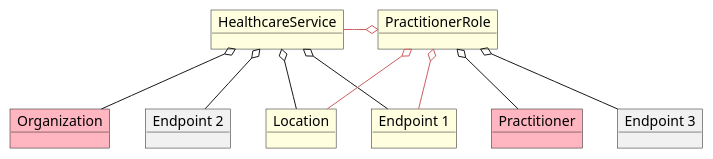
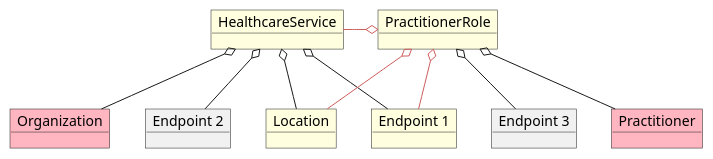
The diagram in src/plantuml/ObjectDiagram.Linked_HCS_and_PR.puml (ichderjens/api-vzd), drawn with PlantUML before and after one commit. The commit also changed other lines of this file, not shown here.

```diff
--- a/src/plantuml/ObjectDiagram.Linked_HCS_and_PR.puml
+++ b/src/plantuml/ObjectDiagram.Linked_HCS_and_PR.puml
@@ -1,23 +1,23 @@
 @startuml ObjectDiagram.Linked_HCS_and_PR
 'skinparam monochrome true
 object "HealthcareService" as hs1 #LightYellow
 object "PractitionerRole" as pr1 #LightYellow
 object "Organization" as o1 #LightPink
 object "Location" as l1 #LightYellow
 object "Endpoint 1" as e1 #LightYellow
-object "Practitioner" as p1 #LightPink
 object "Endpoint 2" as e2
 object "Endpoint 3" as e3
+object "Practitioner" as p1 #LightPink
 
 hs1 o-- o1
 hs1 o-- l1
 hs1 o-- e1
 hs1 o-- e2
 
 pr1 o-- p1
 pr1 o-- l1 #IndianRed
 pr1 o-- e3
 pr1 o-- e1 #IndianRed
 pr1 o-l- hs1 #IndianRed
 
 @enduml
```
